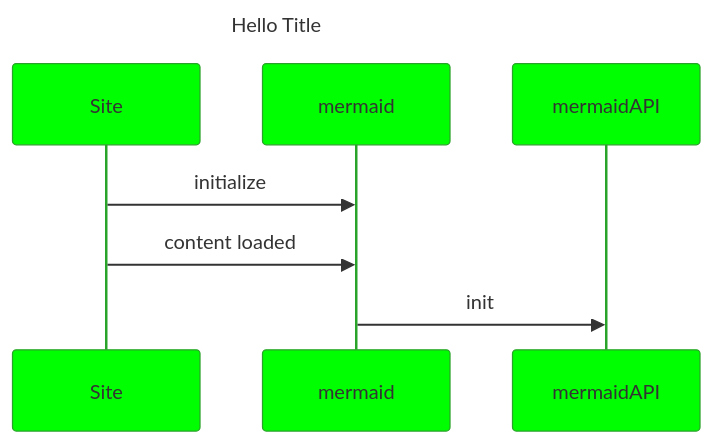
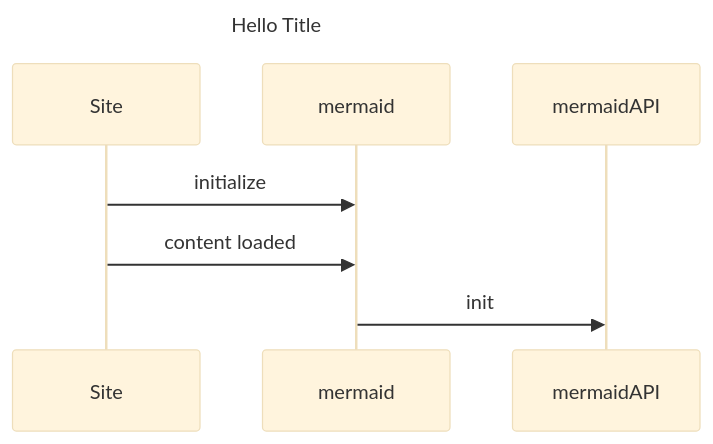
One commit to tfistiak/hugoplate changed the diagram in content/english/pages/elements.md. Above: the diagram before and after it, drawn with Mermaid. The commit also changed 1 other file, not shown here.

```diff
--- a/content/english/pages/elements.md
+++ b/content/english/pages/elements.md
@@ -206,15 +206,12 @@
 {{< mermaid >}}
 ---
 title: Hello Title
 config:
   theme: base
-  darkmode: true
-  themeVariables:
-    primaryColor: "#00ff00"
 ---
 sequenceDiagram
 	Site->>mermaid: initialize
 	Site->>mermaid: content loaded
 	mermaid->>mermaidAPI: init
 
 {{< /mermaid >}}
```
